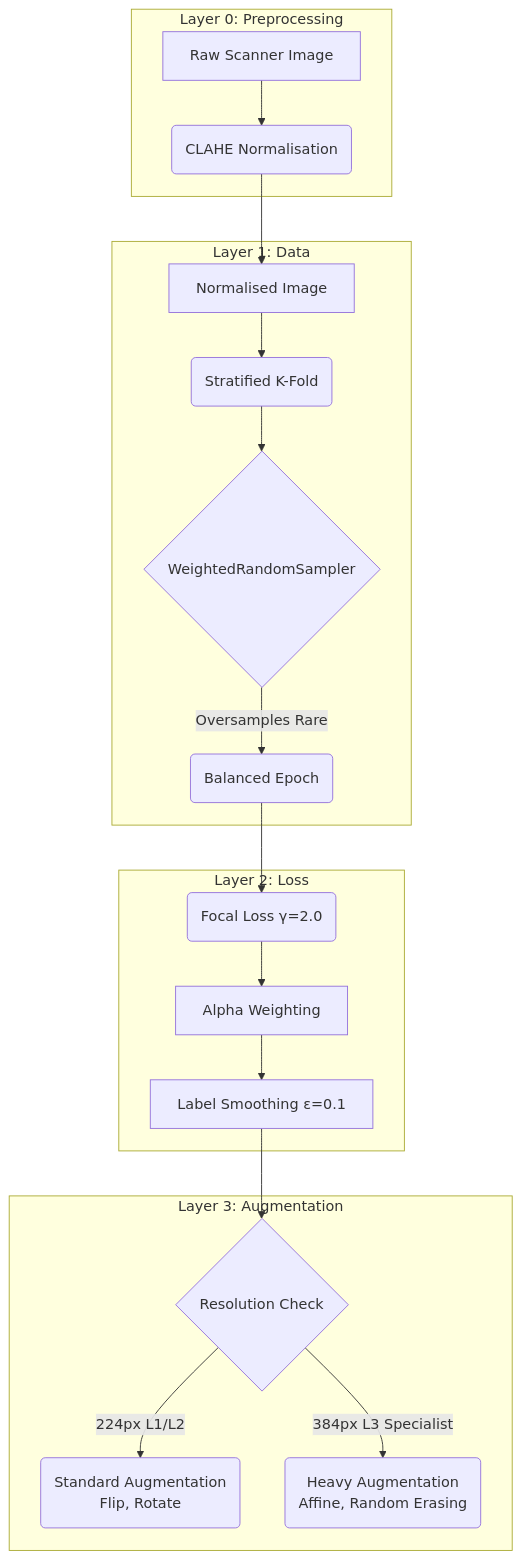
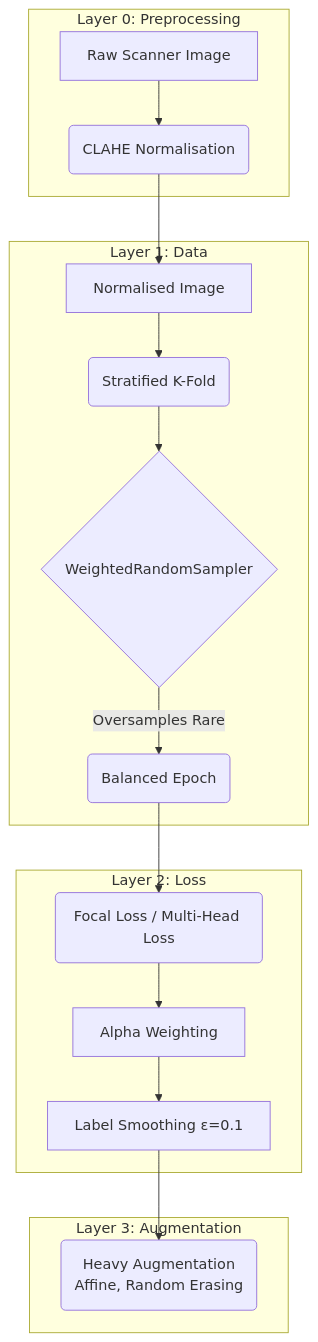
One commit to Nikhil-Mundhra/OCT-Analyser-Capstone changed the second of 2 diagrams in image-classification-model-training/Documentation/data_pipeline.md. Above: the diagram before and after it, drawn with Mermaid. The commit also changed other lines of this file and 78 other files, not shown here.

Commit message:
feat: upgrade to Multi-Head ConvNeXt V2 architecture and backend services

````diff
--- a/image-classification-model-training/Documentation/data_pipeline.md
+++ b/image-classification-model-training/Documentation/data_pipeline.md
@@ -76,25 +53,23 @@
 ```mermaid
 graph TD
     subgraph Layer 0: Preprocessing
         P[Raw Scanner Image] --> CLAHE(CLAHE Normalisation)
     end
 
     subgraph Layer 1: Data
         CLAHE --> A[Normalised Image]
         A --> B(Stratified K-Fold)
         B --> C{WeightedRandomSampler}
         C -->|Oversamples Rare| D(Balanced Epoch)
     end
 
     subgraph Layer 2: Loss
-        D --> E(Focal Loss γ=2.0)
+        D --> E(Focal Loss / Multi-Head Loss)
         E --> F[Alpha Weighting]
         F --> G[Label Smoothing ε=0.1]
     end
 
     subgraph Layer 3: Augmentation
-        G --> H{Resolution Check}
-        H -->|224px L1/L2| I(Standard Augmentation<br/>Flip, Rotate)
-        H -->|384px L3 Specialist| J(Heavy Augmentation<br/>Affine, Random Erasing)
+        G --> H(Heavy Augmentation<br/>Affine, Random Erasing)
     end
 ```
````
